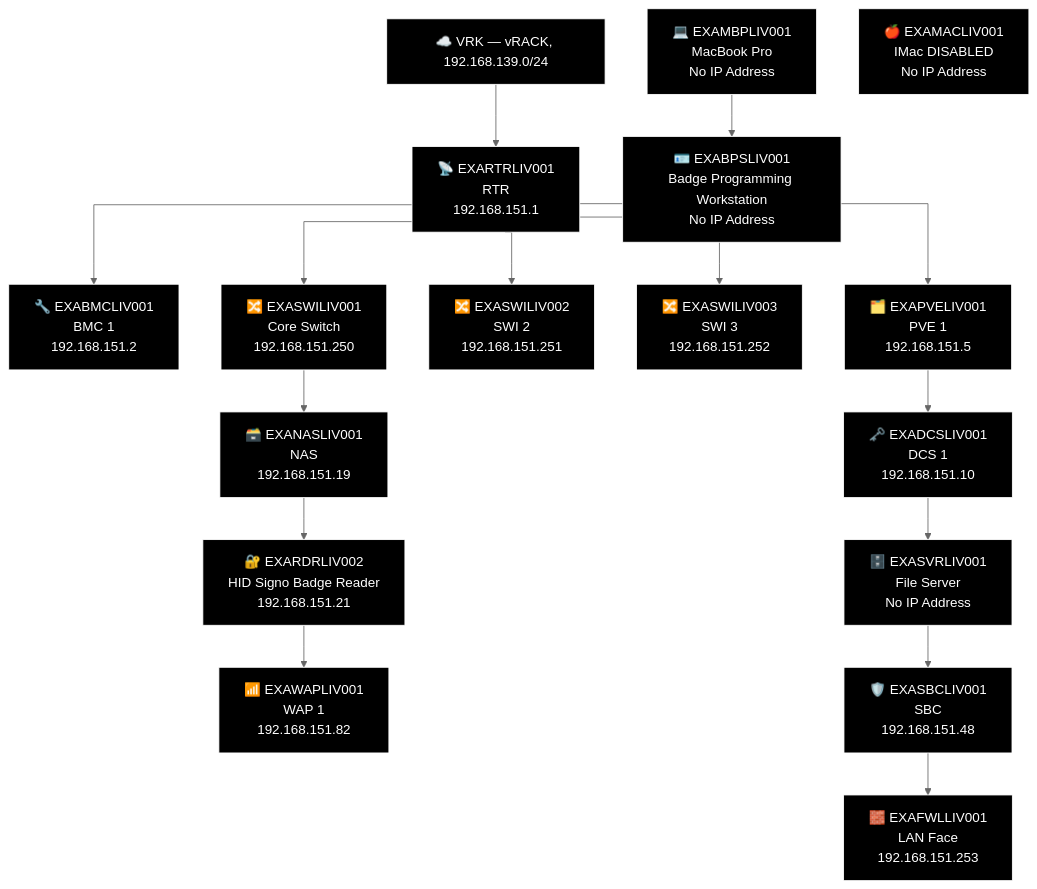
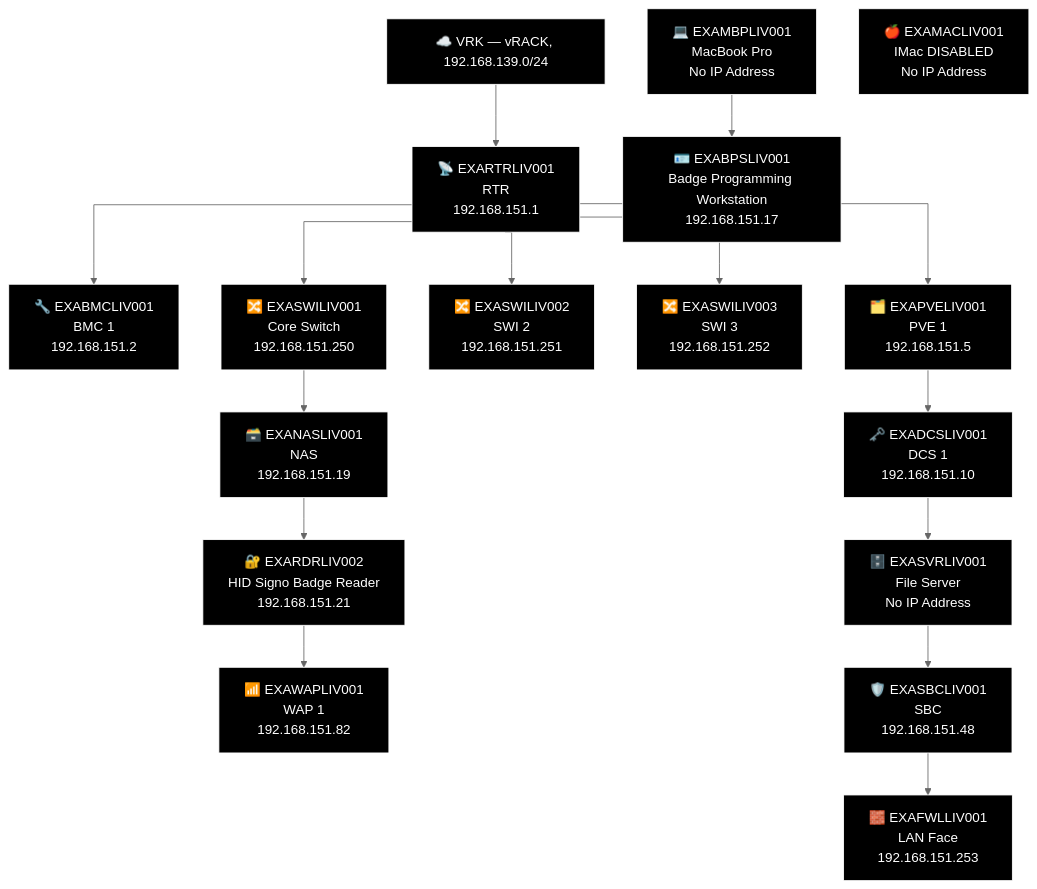
Before and after one commit to knightmare2600/example_music_infra: diagram 12 of 27 in docs/network-diagram/england.md, drawn with Mermaid (neutral theme). The commit also changed other lines of this file and 11 other files, not shown here.

````diff
--- a/docs/network-diagram/england.md
+++ b/docs/network-diagram/england.md
@@ -598,49 +598,49 @@
 ```mermaid
 %% GENERATED:TOPOLOGY:LIV:START
 %%{init: {'flowchart': {'curve': 'stepAfter'}}}%%
 graph TD
     T_VRK["☁️ VRK — vRACK, 192.168.139.0/24"]
     T_RTR["📡 EXARTRLIV001<br/>RTR<br/>192.168.151.1"]
     T_VRK --> T_RTR
     T_BMC["🔧 EXABMCLIV001<br/>BMC 1<br/>192.168.151.2"]
     T_RTR --> T_BMC
     T_PVE["🗂️ EXAPVELIV001<br/>PVE 1<br/>192.168.151.5"]
     T_RTR --> T_PVE
     T_SWI["🔀 EXASWILIV002<br/>SWI 2<br/>192.168.151.251"]
     T_RTR --> T_SWI
     T_SWI2["🔀 EXASWILIV003<br/>SWI 3<br/>192.168.151.252"]
     T_RTR --> T_SWI2
     T_SWI3["🔀 EXASWILIV001<br/>Core Switch<br/>192.168.151.250"]
     T_RTR --> T_SWI3
     T_NAS["🗃️ EXANASLIV001<br/>NAS<br/>192.168.151.19"]
     T_RDR["🔐 EXARDRLIV002<br/>HID Signo Badge Reader<br/>192.168.151.21"]
     T_WAP["📶 EXAWAPLIV001<br/>WAP 1<br/>192.168.151.82"]
     T_SWI3 --> T_NAS --> T_RDR --> T_WAP
     T_DCS["🗝️ EXADCSLIV001<br/>DCS 1<br/>192.168.151.10"]
     T_SVR["🗄️ EXASVRLIV001<br/>File Server<br/>No IP Address"]
     T_SBC["🛡️ EXASBCLIV001<br/>SBC<br/>192.168.151.48"]
     T_FWL["🧱 EXAFWLLIV001<br/>LAN Face<br/>192.168.151.253"]
     T_PVE --> T_DCS --> T_SVR --> T_SBC --> T_FWL
     T_MBP["💻 EXAMBPLIV001<br/>MacBook Pro<br/>No IP Address"]
     T_MAC["🍎 EXAMACLIV001<br/>IMac DISABLED<br/>No IP Address"]
-    T_BPS["🪪 EXABPSLIV001<br/>Badge Programming Workstation<br/>No IP Address"]
+    T_BPS["🪪 EXABPSLIV001<br/>Badge Programming Workstation<br/>192.168.151.17"]
     T_MBP --> T_BPS
     style T_VRK fill:#000000,stroke:#FFFFFF,color:#FFFFFF
     style T_RTR fill:#000000,stroke:#FFFFFF,color:#FFFFFF
     style T_BMC fill:#000000,stroke:#FFFFFF,color:#FFFFFF
     style T_PVE fill:#000000,stroke:#FFFFFF,color:#FFFFFF
     style T_SWI fill:#000000,stroke:#FFFFFF,color:#FFFFFF
     style T_SWI2 fill:#000000,stroke:#FFFFFF,color:#FFFFFF
     style T_SWI3 fill:#000000,stroke:#FFFFFF,color:#FFFFFF
     style T_NAS fill:#000000,stroke:#FFFFFF,color:#FFFFFF
     style T_RDR fill:#000000,stroke:#FFFFFF,color:#FFFFFF
     style T_WAP fill:#000000,stroke:#FFFFFF,color:#FFFFFF
     style T_DCS fill:#000000,stroke:#FFFFFF,color:#FFFFFF
     style T_SVR fill:#000000,stroke:#FFFFFF,color:#FFFFFF
     style T_SBC fill:#000000,stroke:#FFFFFF,color:#FFFFFF
     style T_FWL fill:#000000,stroke:#FFFFFF,color:#FFFFFF
     style T_MBP fill:#000000,stroke:#FFFFFF,color:#FFFFFF
     style T_MAC fill:#000000,stroke:#FFFFFF,color:#FFFFFF
     style T_BPS fill:#000000,stroke:#FFFFFF,color:#FFFFFF
 %% GENERATED:TOPOLOGY:LIV:END
 ```
````
